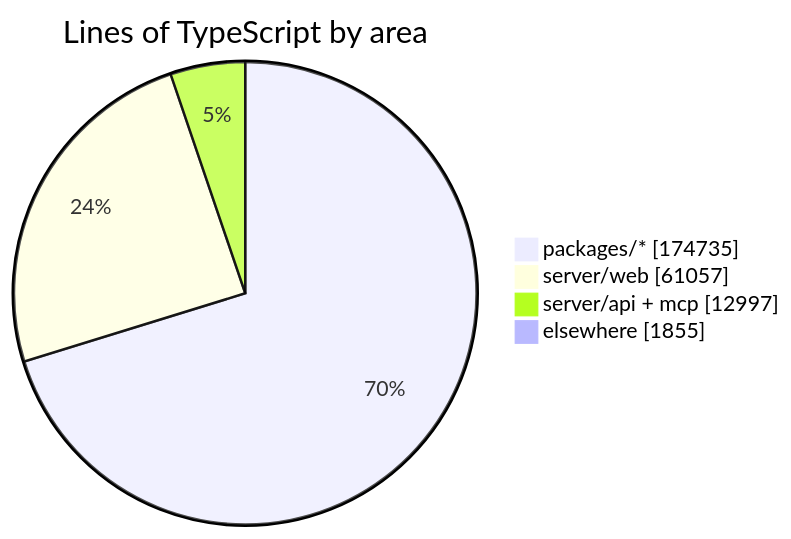
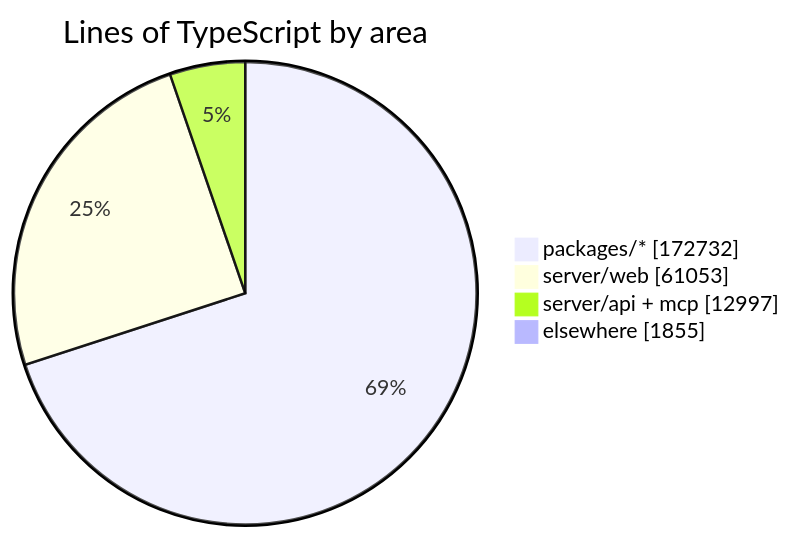
Before and after one commit to crossworks-engineering/mantle: the diagram in README.md, drawn with Mermaid. The commit also changed other lines of this file and 2 other files, not shown here.

````diff
--- a/README.md
+++ b/README.md
@@ -279,7 +279,7 @@
 ```mermaid
 pie showData title Lines of TypeScript by area
-    "packages/*" : 174735
-    "server/web" : 61057
+    "packages/*" : 172732
+    "server/web" : 61053
     "server/api + mcp" : 12997
     "elsewhere" : 1855
 ```
````
